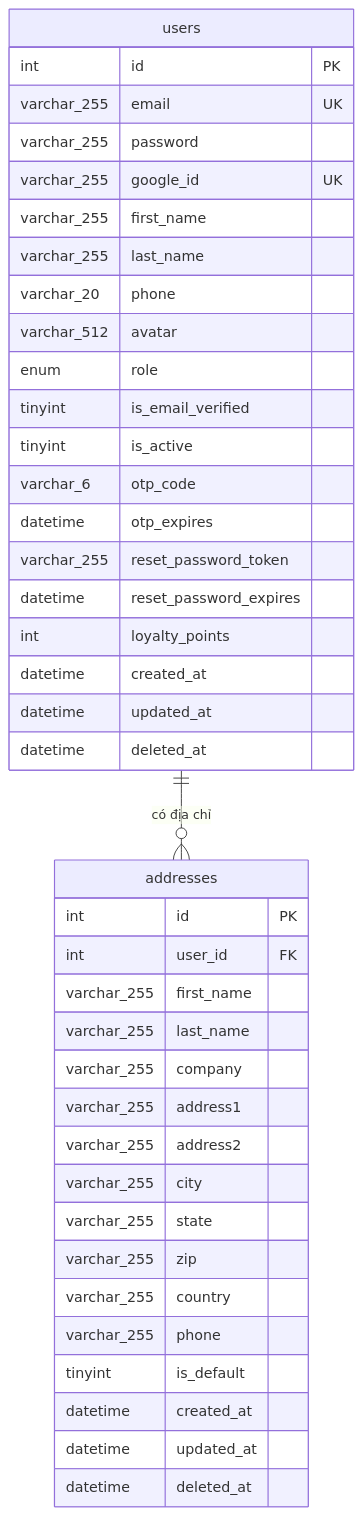
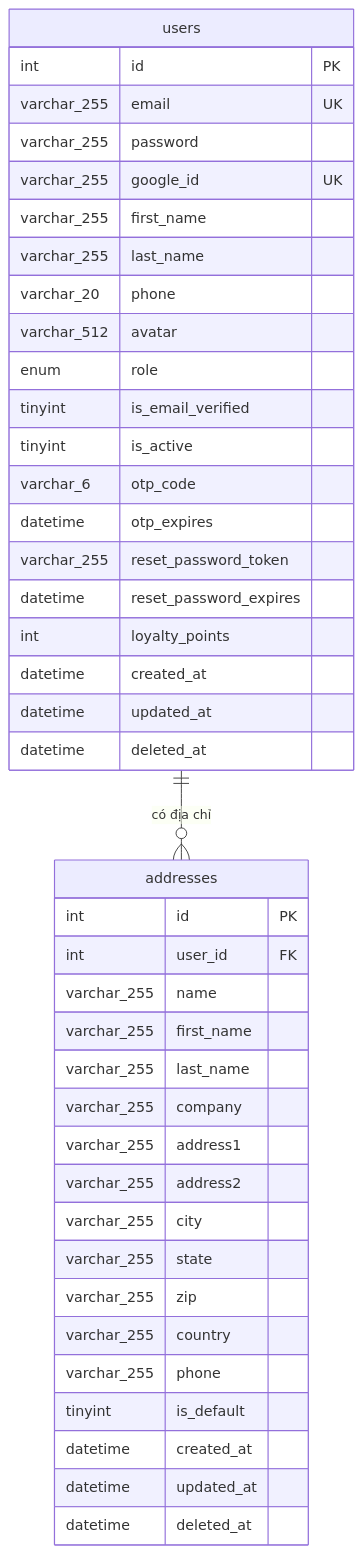
One commit to MinhThang1009/E-commerce-website changed diagram 18 of 29 in DIAGRAMS.md. Above: the diagram before and after it, drawn with Mermaid. The commit also changed other lines of this file, not shown here.

````diff
--- a/DIAGRAMS.md
+++ b/DIAGRAMS.md
@@ -851,45 +857,46 @@
 ```mermaid
 erDiagram
     users {
         int id PK
         varchar_255 email UK
         varchar_255 password
         varchar_255 google_id UK
         varchar_255 first_name
         varchar_255 last_name
         varchar_20 phone
         varchar_512 avatar
         enum role
         tinyint is_email_verified
         tinyint is_active
         varchar_6 otp_code
         datetime otp_expires
         varchar_255 reset_password_token
         datetime reset_password_expires
         int loyalty_points
         datetime created_at
         datetime updated_at
         datetime deleted_at
     }
 
     addresses {
         int id PK
         int user_id FK
+        varchar_255 name
         varchar_255 first_name
         varchar_255 last_name
         varchar_255 company
         varchar_255 address1
         varchar_255 address2
         varchar_255 city
         varchar_255 state
         varchar_255 zip
         varchar_255 country
         varchar_255 phone
         tinyint is_default
         datetime created_at
         datetime updated_at
         datetime deleted_at
     }
 
     users ||--o{ addresses : "có địa chỉ"
 ```
````
